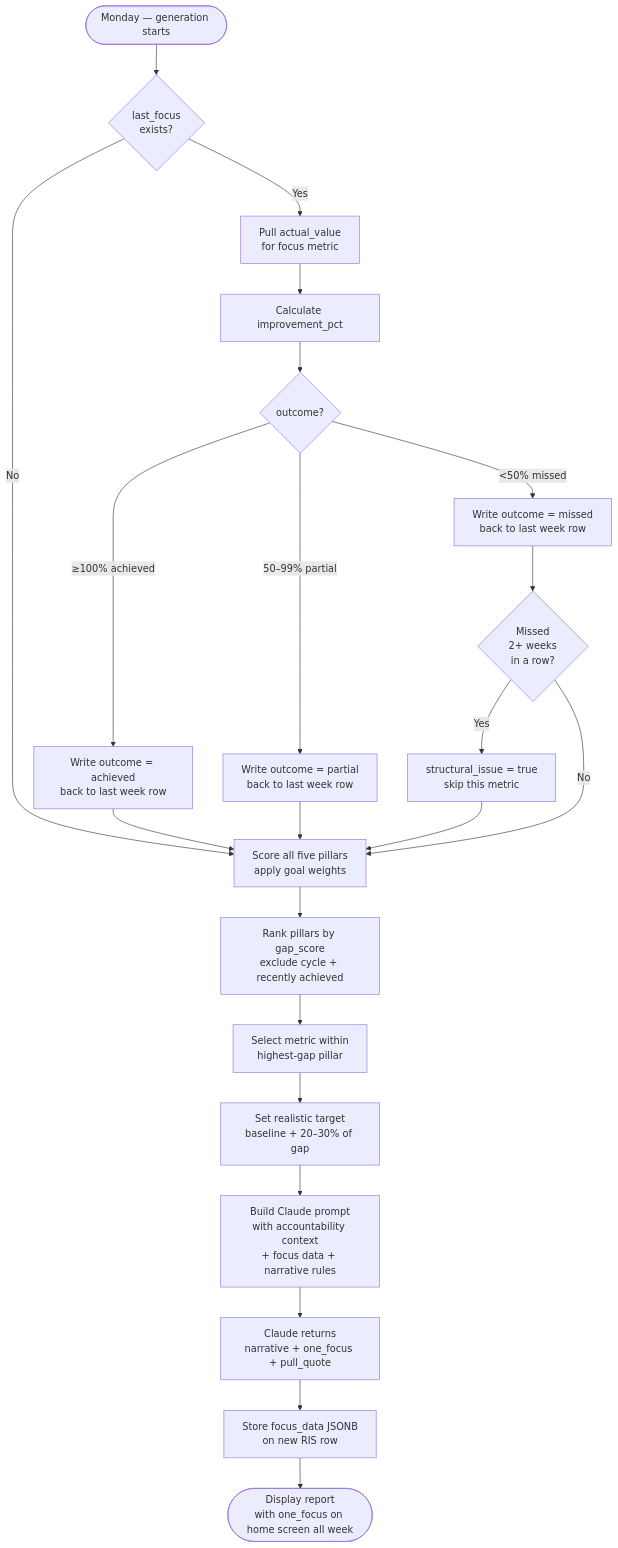
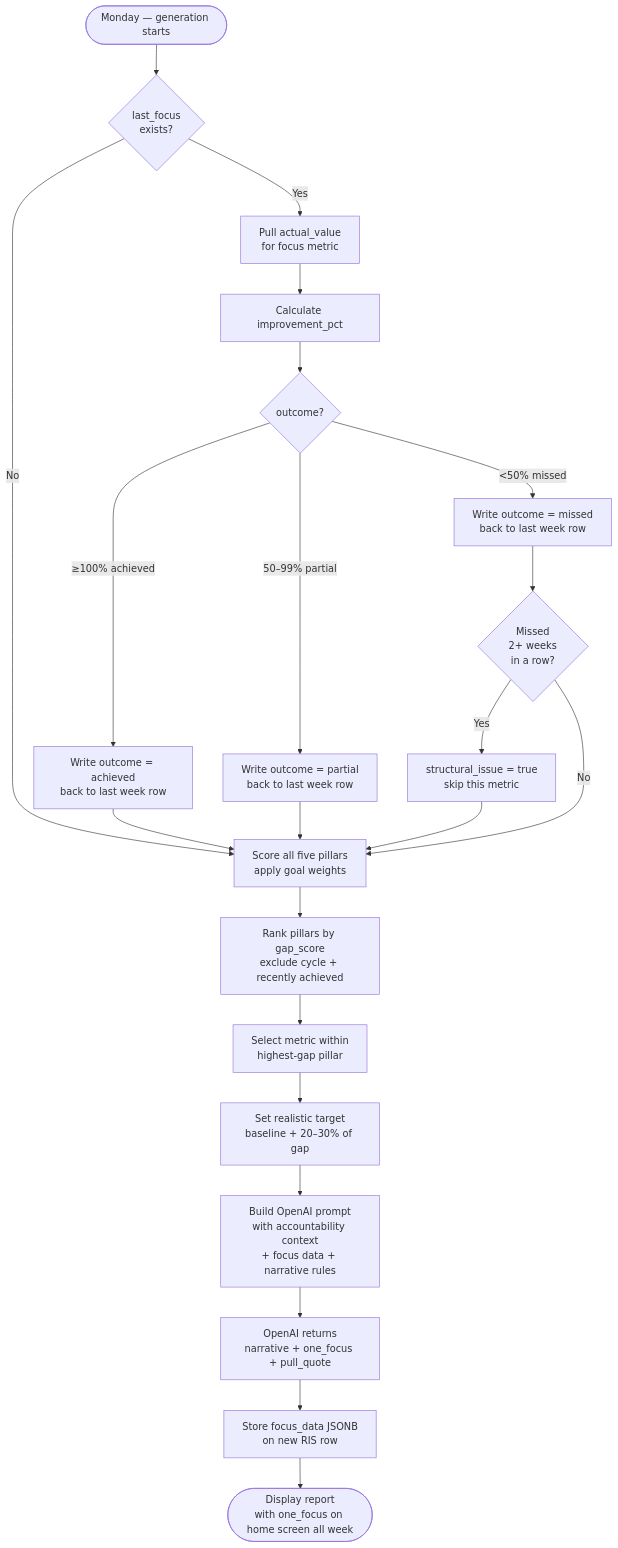
The fourth of 4 diagrams in docs/ris-architecture.md (OlubodeMichael/RoundFit), drawn with Mermaid before and after one commit. The commit also changed other lines of this file and 1 other file, not shown here.

````diff
--- a/docs/ris-architecture.md
+++ b/docs/ris-architecture.md
@@ -575,27 +575,27 @@
 ```mermaid
 flowchart TD
     A([Monday — generation starts]) --> B{last_focus\nexists?}
 
     B -- No --> G
     B -- Yes --> C[Pull actual_value\nfor focus metric]
     C --> D[Calculate improvement_pct]
     D --> E{outcome?}
 
     E -- "≥100% achieved" --> F1[Write outcome = achieved\nback to last week row]
     E -- "50–99% partial" --> F2[Write outcome = partial\nback to last week row]
     E -- "<50% missed"   --> F3[Write outcome = missed\nback to last week row]
 
     F3 --> F4{Missed\n2+ weeks\nin a row?}
     F4 -- Yes --> F5[structural_issue = true\nskip this metric]
     F4 -- No --> G
 
     F1 & F2 & F5 --> G
 
     G[Score all five pillars\napply goal weights] --> H[Rank pillars by gap_score\nexclude cycle + recently achieved]
     H --> I[Select metric within\nhighest-gap pillar]
     I --> J[Set realistic target\nbaseline + 20–30% of gap]
-    J --> K[Build Claude prompt\nwith accountability context\n+ focus data + narrative rules]
-    K --> L[Claude returns\nnarrative + one_focus + pull_quote]
+    J --> K[Build OpenAI prompt\nwith accountability context\n+ focus data + narrative rules]
+    K --> L[OpenAI returns\nnarrative + one_focus + pull_quote]
     L --> M[Store focus_data JSONB\non new RIS row]
     M --> N([Display report\nwith one_focus on home screen all week])
 ```
````
